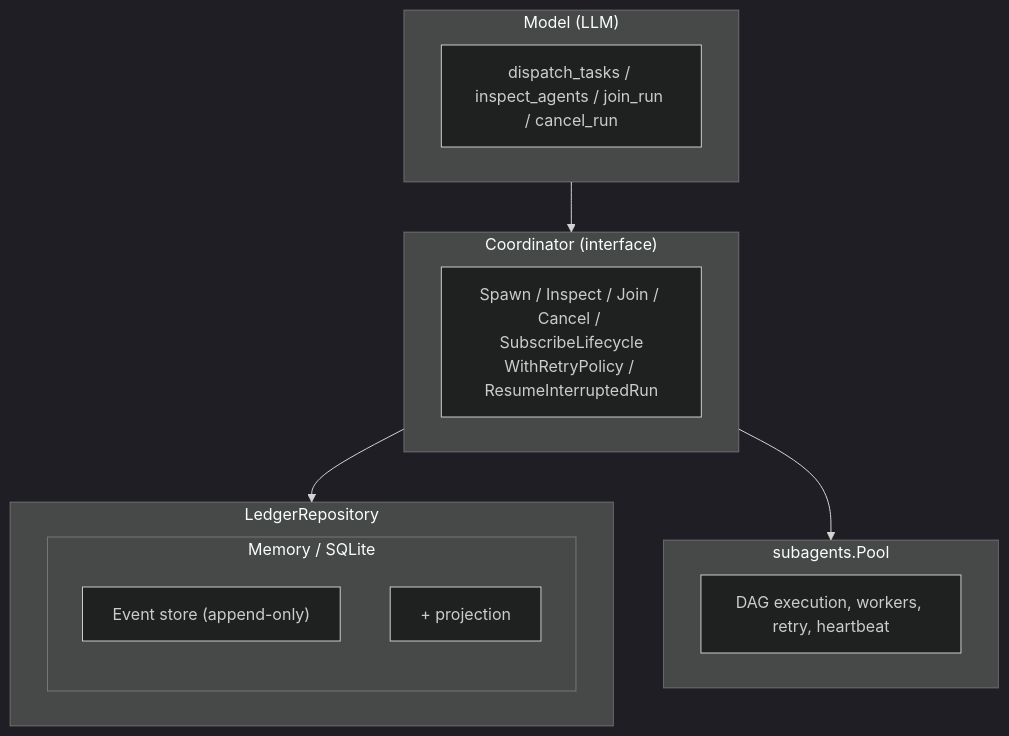
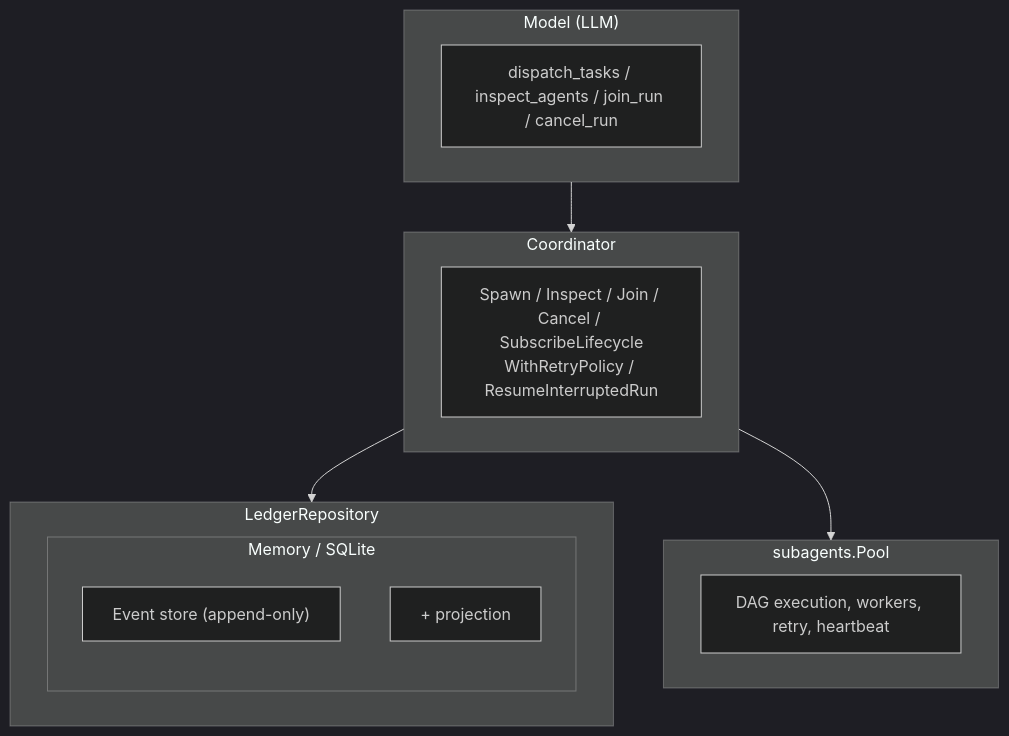
Before and after one commit to MiviaLabs/mivia-agent: the diagram in docs/architecture/overview.md, drawn with Mermaid (dark theme). The commit also changed other lines of this file and 14 other files, not shown here.

````diff
--- a/docs/architecture/overview.md
+++ b/docs/architecture/overview.md
@@ -186,25 +188,25 @@
 ```mermaid
 flowchart TD
     subgraph Model["Model (LLM)"]
         model_ops["dispatch_tasks / inspect_agents / join_run / cancel_run"]
     end
 
-    subgraph Coordinator["Coordinator (interface)"]
+    subgraph Coordinator["Coordinator"]
         coord_ops["Spawn / Inspect / Join / Cancel / SubscribeLifecycle\nWithRetryPolicy / ResumeInterruptedRun"]
     end
 
     subgraph Ledger["LedgerRepository"]
         subgraph Storage["Memory / SQLite"]
             event_store["Event store (append-only)"]
             projection["+ projection"]
         end
     end
 
     subgraph Pool["subagents.Pool"]
         pool_ops["DAG execution, workers, retry, heartbeat"]
     end
 
     Model --> Coordinator
     Coordinator --> Ledger
     Coordinator --> Pool
 ```
````
